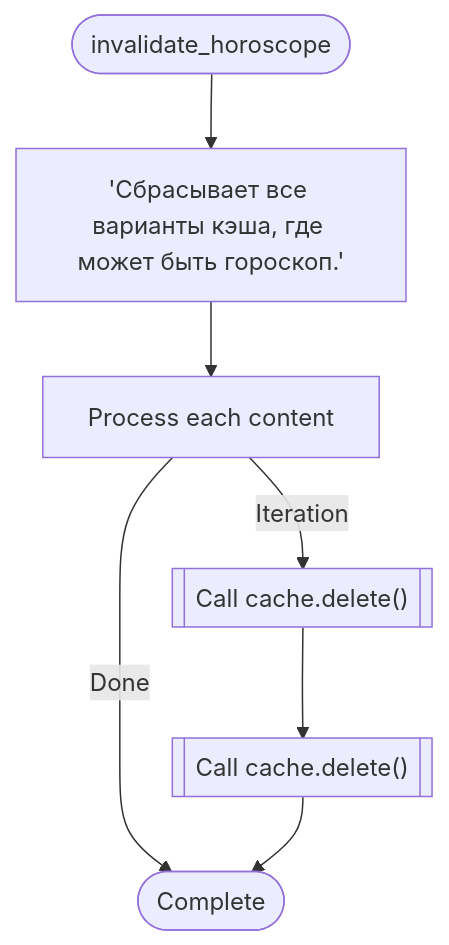
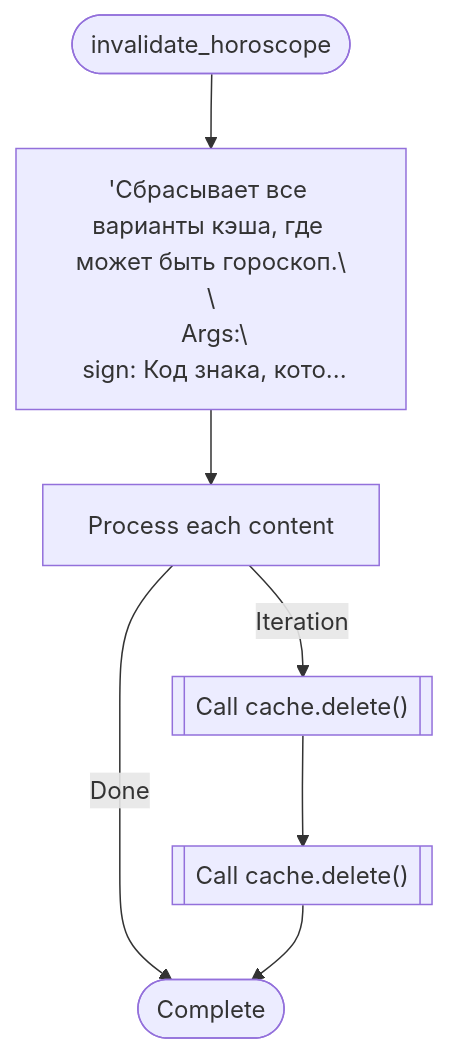
Before and after one commit to ihrusl05-rgb/Factoscope: diagram 13 of 59 in codedebrief-out/codedebrief.md, drawn with Mermaid. The commit also changed other lines of this file and 20 other files, not shown here.

````diff
--- a/codedebrief-out/codedebrief.md
+++ b/codedebrief-out/codedebrief.md
@@ -417,15 +427,15 @@
 ```mermaid
 flowchart TD
   mflow_9bace4c9f0399827_n1(["invalidate_horoscope"])
-  mflow_9bace4c9f0399827_n2["'Сбрасывает все варианты кэша, где может быть гороскоп.'"]
+  mflow_9bace4c9f0399827_n2["'Сбрасывает все варианты кэша, где может быть гороскоп.\\n\\n Args:\\n sign: Код знака, кото..."]
   mflow_9bace4c9f0399827_n3["Process each content"]
   mflow_9bace4c9f0399827_n4[["Call cache.delete()"]]
   mflow_9bace4c9f0399827_n5[["Call cache.delete()"]]
   mflow_9bace4c9f0399827_n6(["Complete"])
   mflow_9bace4c9f0399827_n1 --> mflow_9bace4c9f0399827_n2
   mflow_9bace4c9f0399827_n2 --> mflow_9bace4c9f0399827_n3
   mflow_9bace4c9f0399827_n3 -->|"Iteration"| mflow_9bace4c9f0399827_n4
   mflow_9bace4c9f0399827_n4 --> mflow_9bace4c9f0399827_n5
   mflow_9bace4c9f0399827_n3 -->|"Done"| mflow_9bace4c9f0399827_n6
   mflow_9bace4c9f0399827_n5 --> mflow_9bace4c9f0399827_n6
 ```
````
